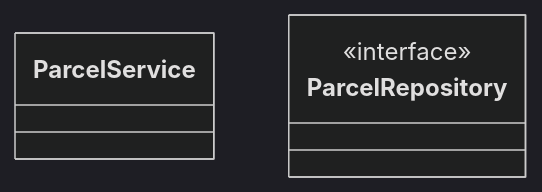
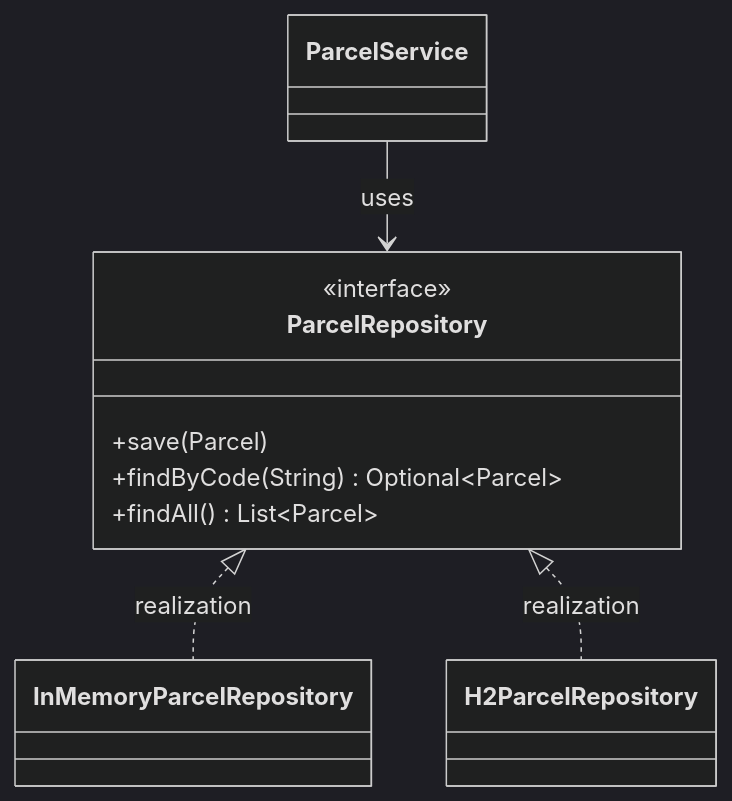
The second of 3 diagrams in LAB_REPORT.md (Chalisapat/itcs382-h2-lab), drawn with Mermaid (dark theme) before and after one commit. The commit also changed other lines of this file, not shown here.

````diff
--- a/LAB_REPORT.md
+++ b/LAB_REPORT.md
@@ -102,7 +109,16 @@
 ```mermaid
 classDiagram
     class ParcelService
     class ParcelRepository {
         <<interface>>
+        +save(Parcel)
+        +findByCode(String) Optional~Parcel~
+        +findAll() List~Parcel~
     }
+    class InMemoryParcelRepository
+    class H2ParcelRepository
+
+    ParcelService --> ParcelRepository : uses
+    ParcelRepository <|.. InMemoryParcelRepository : realization
+    ParcelRepository <|.. H2ParcelRepository : realization
 ```
````
